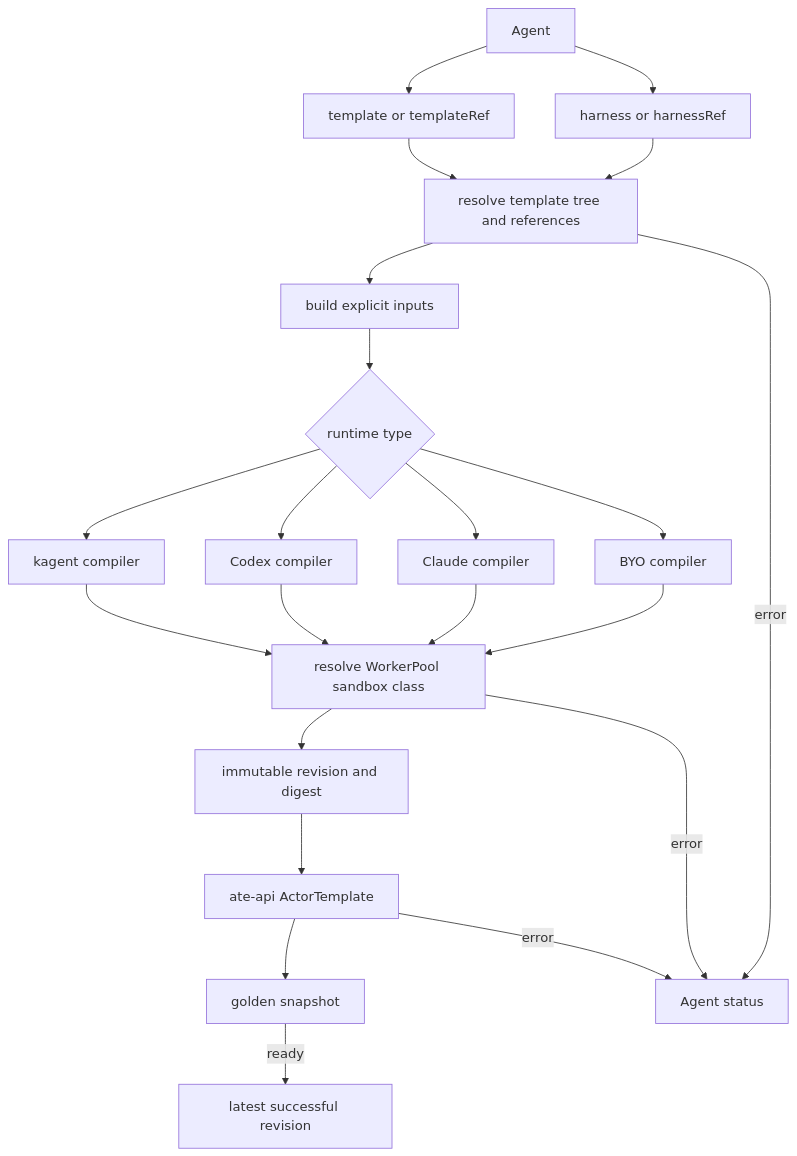
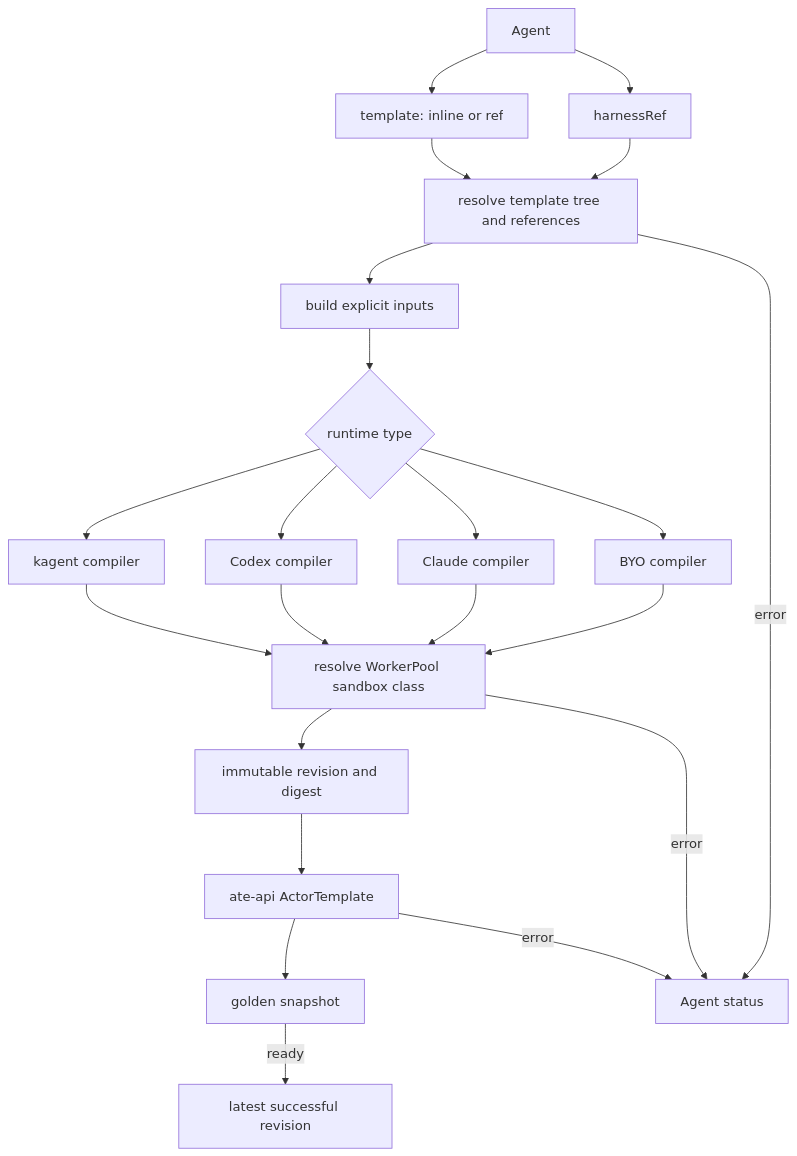
Before and after one commit to krisztianfekete/kagent: the diagram in docs/architecture/configuration-and-compilation.md, drawn with Mermaid. The commit also changed other lines of this file and 58 other files, not shown here.

````diff
--- a/docs/architecture/configuration-and-compilation.md
+++ b/docs/architecture/configuration-and-compilation.md
@@ -86,24 +92,24 @@
 ```mermaid
 flowchart TD
-    A[Agent] --> T[template or templateRef]
-    A --> H[harness or harnessRef]
+    A[Agent] --> T[template: inline or ref]
+    A --> H[harnessRef]
     T --> RESOLVE[resolve template tree and references]
     H --> RESOLVE
     RESOLVE --> INPUTS[build explicit inputs]
     INPUTS --> REGISTRY{runtime type}
     REGISTRY --> K[kagent compiler]
     REGISTRY --> X[Codex compiler]
     REGISTRY --> C[Claude compiler]
     REGISTRY --> B[BYO compiler]
     K --> POOL[resolve WorkerPool sandbox class]
     X --> POOL
     C --> POOL
     B --> POOL
     POOL --> REV[immutable revision and digest]
     POOL -->|error| STATUS
     REV --> ATE[ate-api ActorTemplate]
     ATE --> GOLDEN[golden snapshot]
     GOLDEN -->|ready| LATEST[latest successful revision]
     RESOLVE -->|error| STATUS[Agent status]
     ATE -->|error| STATUS
 ```
````
